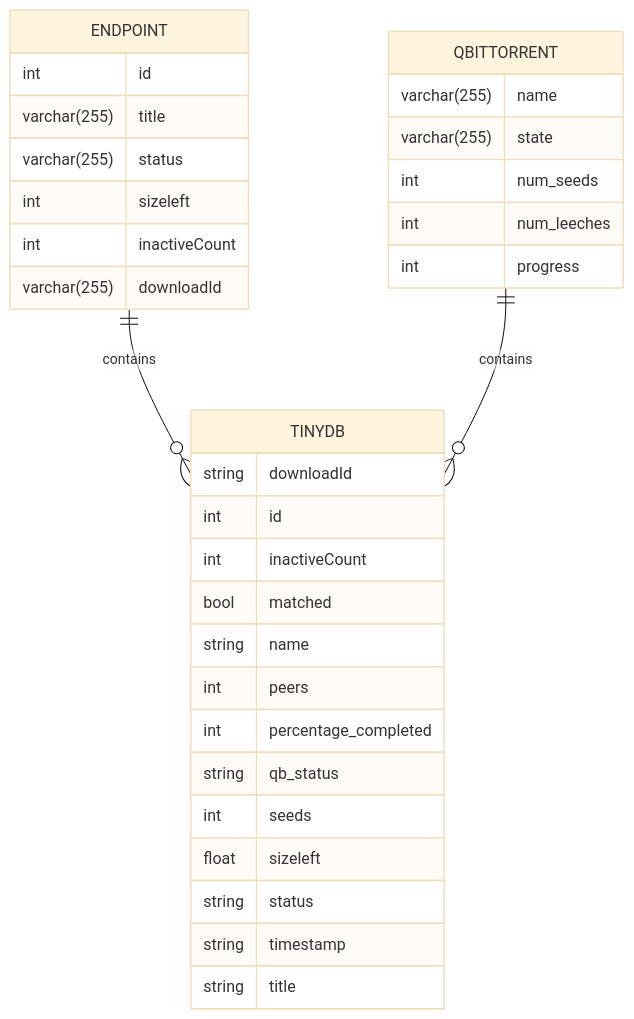
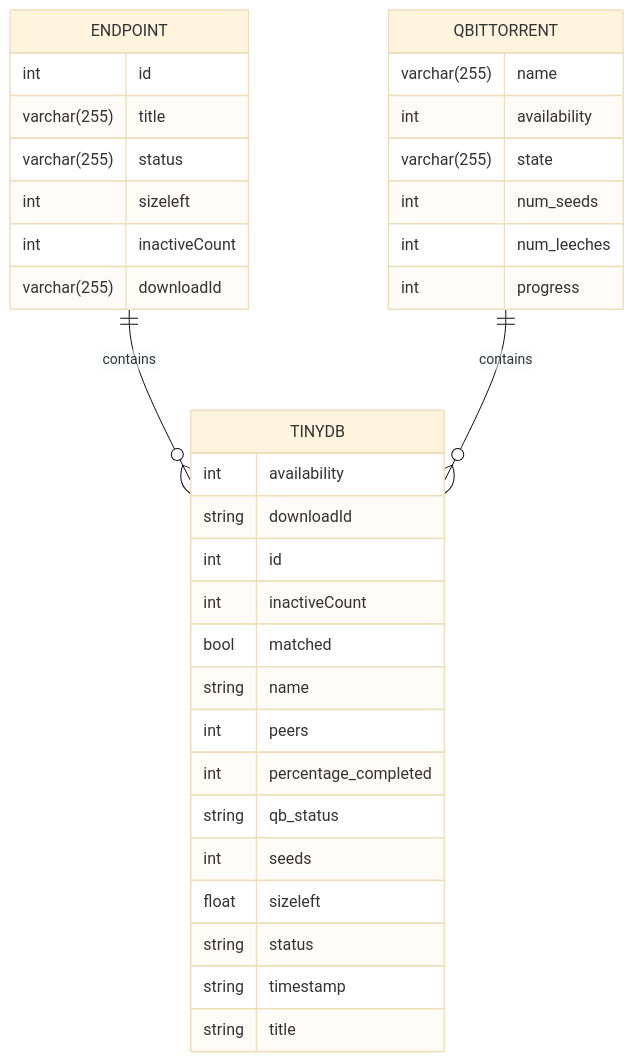
Before and after one commit to czer323/TidyArr: the second of 2 diagrams in readme.md, drawn with Mermaid (base theme).

Commit message:
The changes made in this commit include: - Added availability field to QBITTORRENT and TINYDB tables

````diff
--- a/readme.md
+++ b/readme.md
@@ -209,35 +209,37 @@
 ```mermaid
 erDiagram
     ENDPOINT {
         int id
         varchar(255) title
         varchar(255) status
         int sizeleft
         int inactiveCount
         varchar(255) downloadId
     }
     QBITTORRENT {
         varchar(255) name
+        int availability
         varchar(255) state
         int num_seeds
         int num_leeches
         int progress
     }
     TINYDB {
+        int availability
         string downloadId
         int id
         int inactiveCount
         bool matched
         string name
         int peers
         int percentage_completed
         string qb_status
         int seeds
         float sizeleft
         string status
         string timestamp
         string title
     }
     ENDPOINT ||--o{ TINYDB : contains
     QBITTORRENT ||--o{ TINYDB : contains
 ```
````
